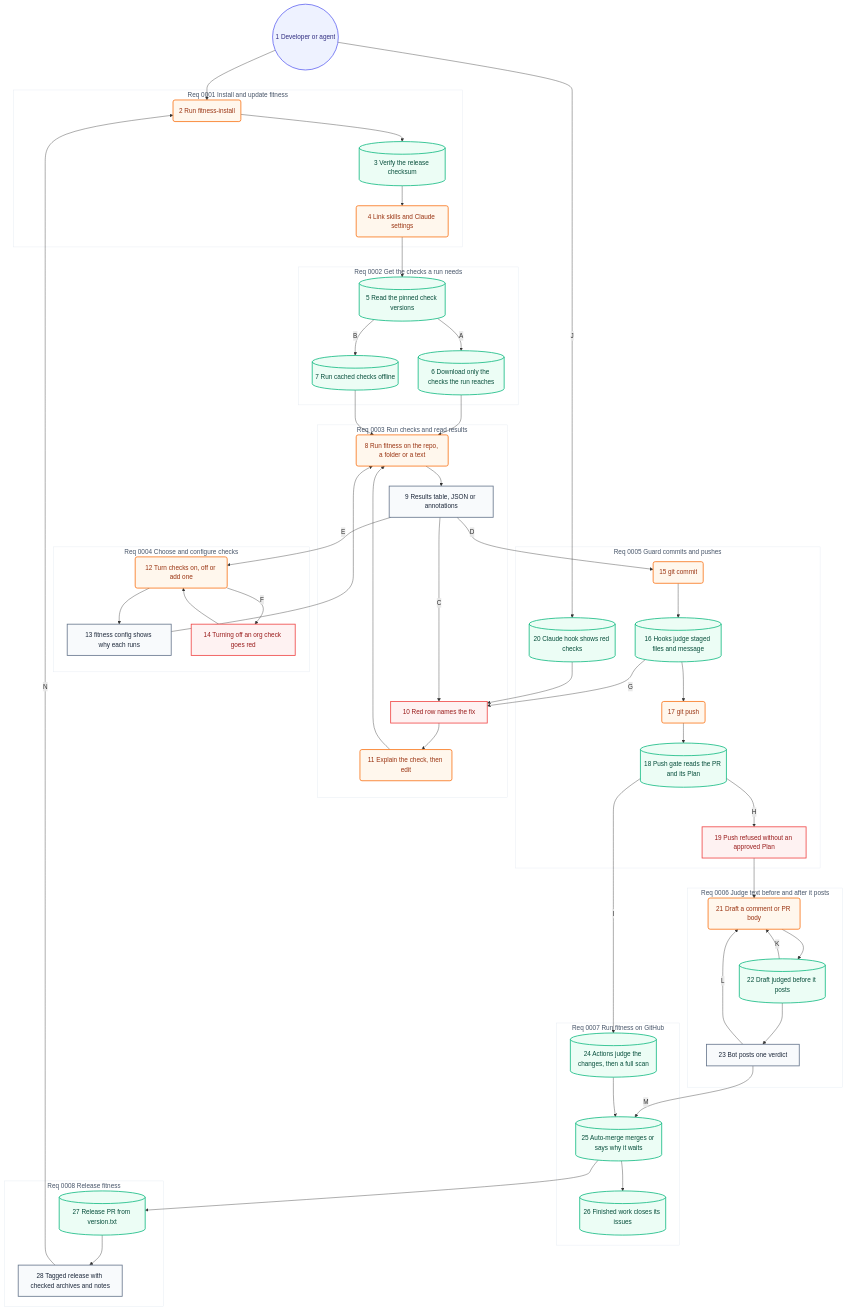
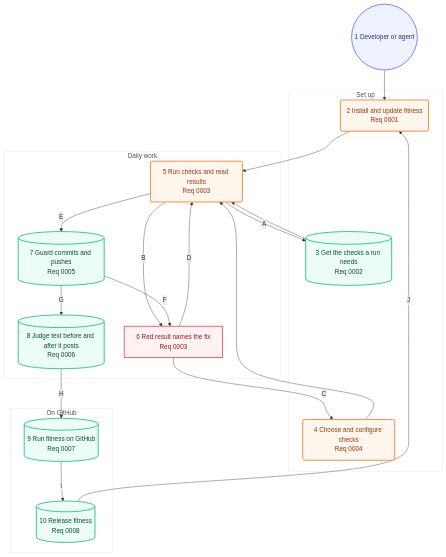
Before and after one commit to may-journal/fitness-runner: the second of 2 diagrams in docs/architecture/05-user-journey.md, drawn with Mermaid. The commit also changed other lines of this file and 1 other file, not shown here.

Commit message:
docs(architecture): draw the journey at the requirement level

````diff
--- a/docs/architecture/05-user-journey.md
+++ b/docs/architecture/05-user-journey.md
@@ -39,94 +39,38 @@
 flowchart TB
     dev((1 Developer or agent)):::persona
 
-    subgraph r1["Req 0001 Install and update fitness"]
-        install(2 Run fitness-install):::action
-        verify[(3 Verify the release checksum)]:::system
-        link(4 Link skills and Claude settings):::action
+    subgraph setup["Set up"]
+        install(2 Install and update fitness<br/>Req 0001):::action
+        checks[(3 Get the checks a run needs<br/>Req 0002)]:::system
+        configure(4 Choose and configure checks<br/>Req 0004):::action
     end
 
-    subgraph r2["Req 0002 Get the checks a run needs"]
-        pins[(5 Read the pinned check versions)]:::system
-        download[(6 Download only the checks the run reaches)]:::system
-        cached[(7 Run cached checks offline)]:::system
+    subgraph daily["Daily work"]
+        run(5 Run checks and read results<br/>Req 0003):::action
+        red[6 Red result names the fix<br/>Req 0003]:::blocked
+        guard[(7 Guard commits and pushes<br/>Req 0005)]:::system
+        judge[(8 Judge text before and after it posts<br/>Req 0006)]:::system
     end
 
-    subgraph r3["Req 0003 Run checks and read results"]
-        run(8 Run fitness on the repo, a folder or a text):::action
-        results[9 Results table, JSON or annotations]:::screen
-        red[10 Red row names the fix]:::blocked
-        explain(11 Explain the check, then edit):::action
-    end
-
-    subgraph r4["Req 0004 Choose and configure checks"]
-        choose(12 Turn checks on, off or add one):::action
-        config[13 fitness config shows why each runs]:::screen
-        orgRule[14 Turning off an org check goes red]:::blocked
-    end
-
-    subgraph r5["Req 0005 Guard commits and pushes"]
-        commit(15 git commit):::action
-        hooks[(16 Hooks judge staged files and message)]:::system
-        push(17 git push):::action
-        gate[(18 Push gate reads the PR and its Plan)]:::system
-        noPlan[19 Push refused without an approved Plan]:::blocked
-        claudeHook[(20 Claude hook shows red checks)]:::system
-    end
-
-    subgraph r6["Req 0006 Judge text before and after it posts"]
-        draft(21 Draft a comment or PR body):::action
-        preJudge[(22 Draft judged before it posts)]:::system
-        verdict[23 Bot posts one verdict]:::screen
-    end
-
-    subgraph r7["Req 0007 Run fitness on GitHub"]
-        actions[(24 Actions judge the changes, then a full scan)]:::system
-        merge[(25 Auto-merge merges or says why it waits)]:::system
-        issues[(26 Finished work closes its issues)]:::system
-    end
-
-    subgraph r8["Req 0008 Release fitness"]
-        releasePR[(27 Release PR from version.txt)]:::system
-        tagged[28 Tagged release with checked archives and notes]:::screen
+    subgraph github["On GitHub"]
+        actions[(9 Run fitness on GitHub<br/>Req 0007)]:::system
+        release[(10 Release fitness<br/>Req 0008)]:::system
     end
 
     dev --> install
-    install --> verify
-    verify --> link
-    link --> pins
-    pins -->|A| download
-    pins -->|B| cached
-    download --> run
-    cached --> run
-    run --> results
-    results -->|C| red
-    red --> explain
-    explain --> run
-    results -->|D| commit
-    results -->|E| choose
-    choose --> config
-    config --> run
-    choose -->|F| orgRule
-    orgRule --> choose
-    commit --> hooks
-    hooks -->|G| red
-    hooks --> push
-    push --> gate
-    gate -->|H| noPlan
-    noPlan --> draft
-    gate -->|I| actions
-    dev -->|J| claudeHook
-    claudeHook --> red
-    draft --> preJudge
-    preJudge -->|K| draft
-    preJudge --> verdict
-    verdict -->|L| draft
-    verdict -->|M| merge
-    actions --> merge
-    merge --> issues
-    merge --> releasePR
-    releasePR --> tagged
-    tagged -->|N| install
+    install --> run
+    run -->|A| checks
+    checks --> run
+    run -->|B| red
+    red -->|C| configure
+    configure --> run
+    red -->|D| run
+    run -->|E| guard
+    guard -->|F| red
+    guard -->|G| judge
+    judge -->|H| actions
+    actions -->|I| release
+    release -->|J| install
 
     classDef persona fill:#eef2ff,stroke:#6366f1,color:#312e81,stroke-width:2px
     classDef screen fill:#f8fafc,stroke:#64748b,color:#1e293b,stroke-width:2px
@@ -134,12 +78,7 @@
     classDef system fill:#ecfdf5,stroke:#10b981,color:#064e3b,stroke-width:2px
     classDef blocked fill:#fef2f2,stroke:#ef4444,color:#991b1b,stroke-width:2px
 
-    style r1 fill:#ffffff,stroke:#e2e8f0,color:#475569,stroke-width:1px
-    style r2 fill:#ffffff,stroke:#e2e8f0,color:#475569,stroke-width:1px
-    style r3 fill:#ffffff,stroke:#e2e8f0,color:#475569,stroke-width:1px
-    style r4 fill:#ffffff,stroke:#e2e8f0,color:#475569,stroke-width:1px
-    style r5 fill:#ffffff,stroke:#e2e8f0,color:#475569,stroke-width:1px
-    style r6 fill:#ffffff,stroke:#e2e8f0,color:#475569,stroke-width:1px
-    style r7 fill:#ffffff,stroke:#e2e8f0,color:#475569,stroke-width:1px
-    style r8 fill:#ffffff,stroke:#e2e8f0,color:#475569,stroke-width:1px
+    style setup fill:#ffffff,stroke:#e2e8f0,color:#475569,stroke-width:1px
+    style daily fill:#ffffff,stroke:#e2e8f0,color:#475569,stroke-width:1px
+    style github fill:#ffffff,stroke:#e2e8f0,color:#475569,stroke-width:1px
 ```
````
